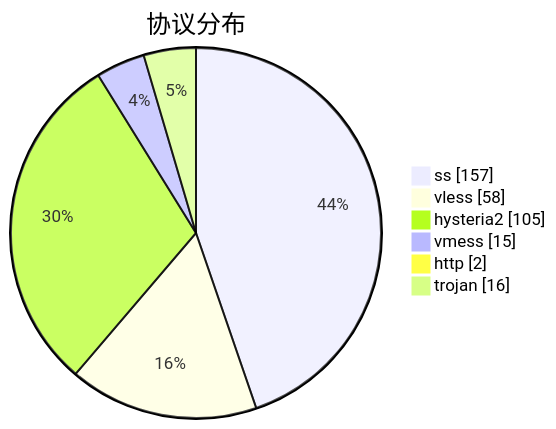
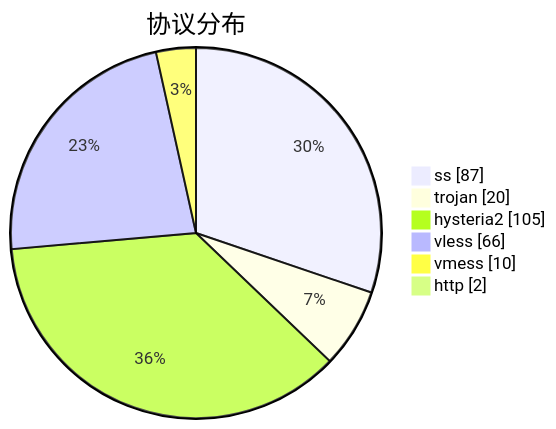
One commit to sinspired/airport changed the third of 3 diagrams in subs/statistics/tested_within.md. Above: the diagram before and after it, drawn with Mermaid. The commit also changed other lines of this file and 2 other files, not shown here.

````diff
--- a/subs/statistics/tested_within.md
+++ b/subs/statistics/tested_within.md
@@ -48,10 +43,10 @@
 ```mermaid
 pie showData
 title 协议分布
-"ss" : 157
-"vless" : 58
+"ss" : 87
+"trojan" : 20
 "hysteria2" : 105
-"vmess" : 15
+"vless" : 66
+"vmess" : 10
 "http" : 2
-"trojan" : 16
 ```
````
